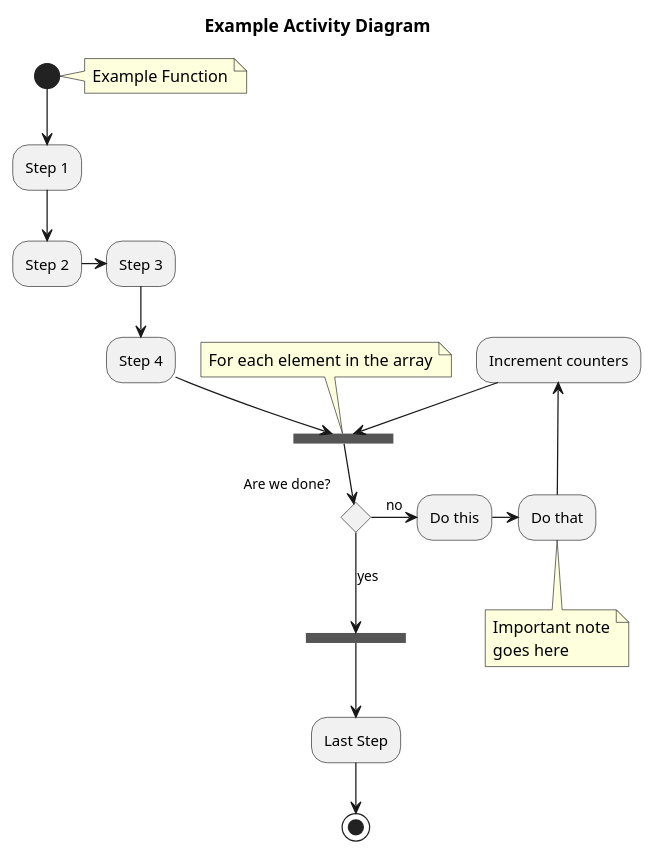
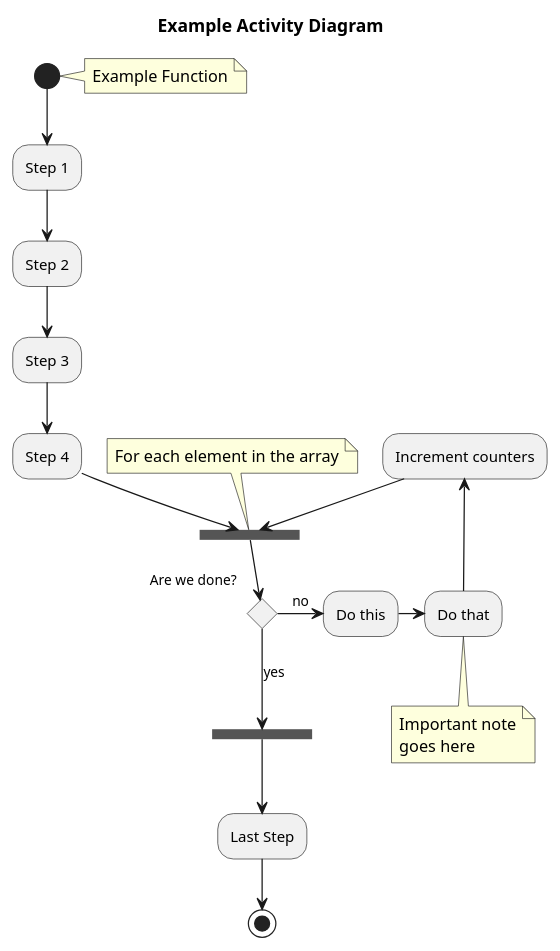
Before and after one commit to neilus/dotfiles: the third of 6 diagrams in test.org, drawn with PlantUML. The commit also changed other lines of this file and 3 other files, not shown here.

```diff
--- a/test.org
+++ b/test.org
@@ -92,21 +95,21 @@
 #+begin_src plantuml :file /tmp/orgtest-plantuml-activity_diagram.png
 title Example Activity Diagram
 note right: Example Function
 (*)--> "Step 1"
 --> "Step 2"
--> "Step 3"
+--> "Step 3"
 --> "Step 4"
 --> === STARTLOOP ===
 note top: For each element in the array
 if "Are we done?" then
   -> [no] "Do this"
   -> "Do that"
   note bottom: Important note\ngoes here
-  -up-> "Increment counters"
+  --up-> "Increment counters"
   --> === STARTLOOP ===
 else
   --> [yes] === ENDLOOP ===
 endif
 --> "Last Step"
 --> (*)
 #+end_src
```
